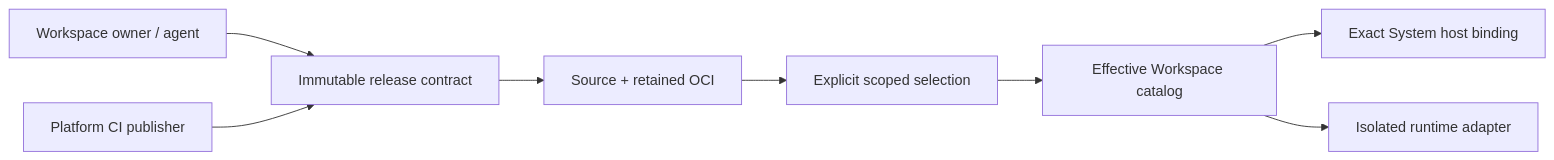
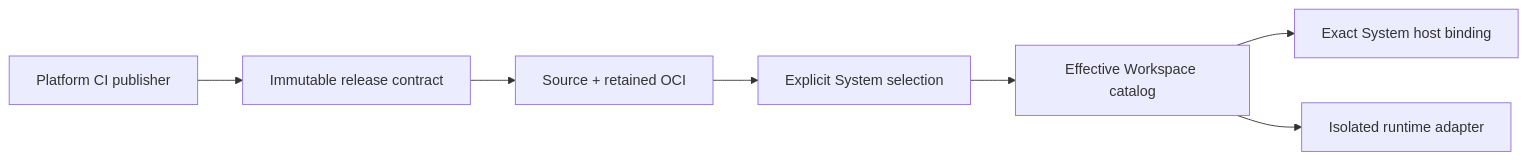
The diagram in docs/design/plugin-unification.md (artpods56/grafY), drawn with Mermaid before and after one commit. The commit also changed other lines of this file and 8 other files, not shown here.

````diff
--- a/docs/design/plugin-unification.md
+++ b/docs/design/plugin-unification.md
@@ -127,10 +118,9 @@
 ```mermaid
 flowchart LR
-    Workspace["Workspace owner / agent"] --> Freeze["Immutable release contract"]
-    Platform["Platform CI publisher"] --> Freeze
+    Platform["Platform CI publisher"] --> Freeze["Immutable release contract"]
     Freeze --> Store["Source + retained OCI"]
-    Store --> Selection["Explicit scoped selection"]
+    Store --> Selection["Explicit System selection"]
     Selection --> Catalog["Effective Workspace catalog"]
     Catalog --> Host["Exact System host binding"]
     Catalog --> OCI["Isolated runtime adapter"]
 ```
````
